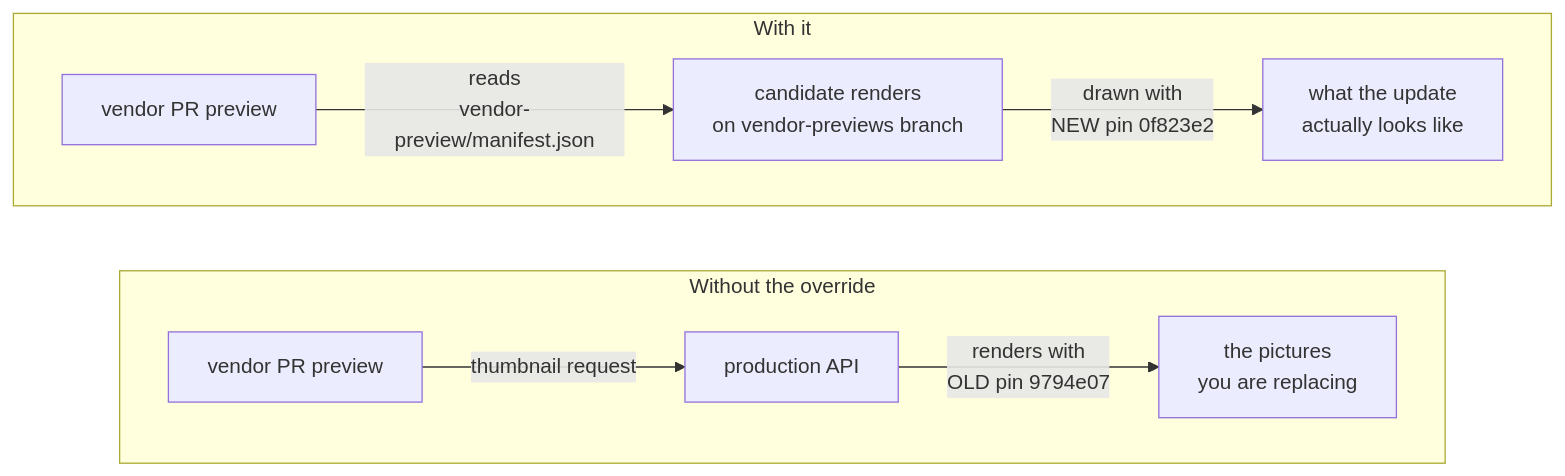
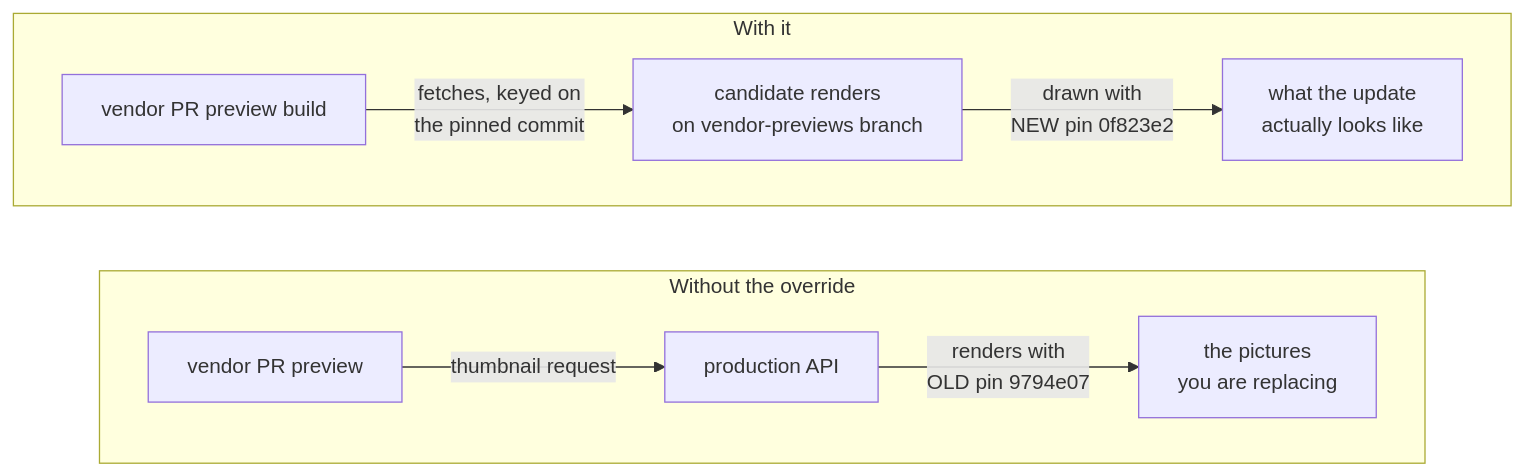
One commit to NNTin/pixel-index changed the second of 6 diagrams in docs/preview-deployments.md. Above: the diagram before and after it, drawn with Mermaid. The commit also changed other lines of this file and 12 other files, not shown here.

````diff
--- a/docs/preview-deployments.md
+++ b/docs/preview-deployments.md
@@ -81,14 +81,14 @@
 ```mermaid
 flowchart LR
     subgraph noOverride ["Without the override"]
         direction LR
         W1["vendor PR preview"] -->|"thumbnail request"| W2["production API"]
         W2 -->|"renders with<br/>OLD pin 9794e07"| W3["the pictures<br/>you are replacing"]
     end
 
     subgraph yesOverride ["With it"]
         direction LR
-        V1["vendor PR preview"] -->|"reads<br/>vendor-preview/manifest.json"| V2["candidate renders<br/>on vendor-previews branch"]
+        V1["vendor PR preview build"] -->|"fetches, keyed on<br/>the pinned commit"| V2["candidate renders<br/>on vendor-previews branch"]
         V2 -->|"drawn with<br/>NEW pin 0f823e2"| V3["what the update<br/>actually looks like"]
     end
 ```
````
